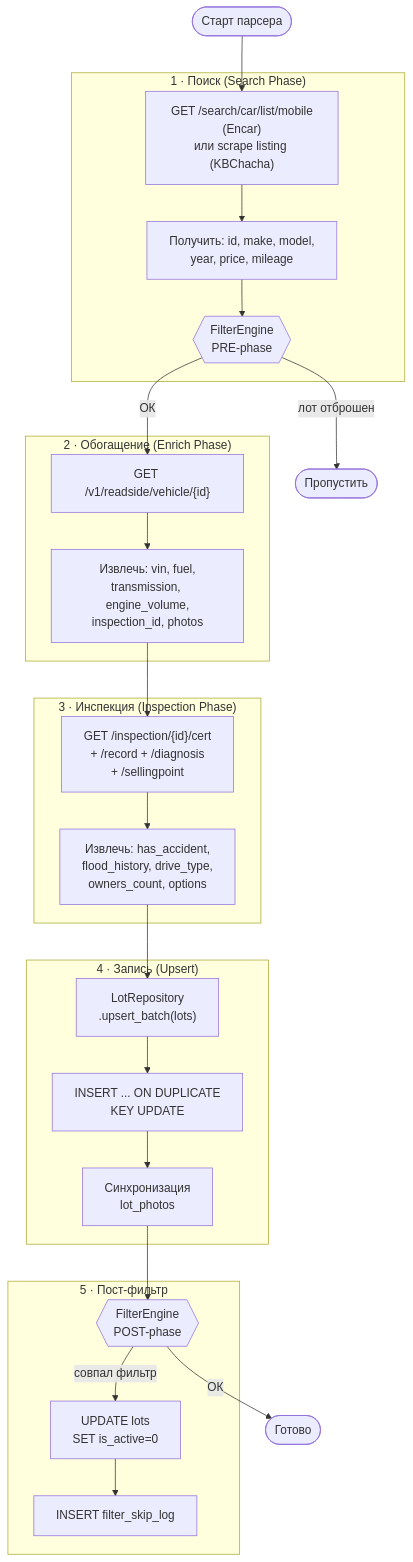
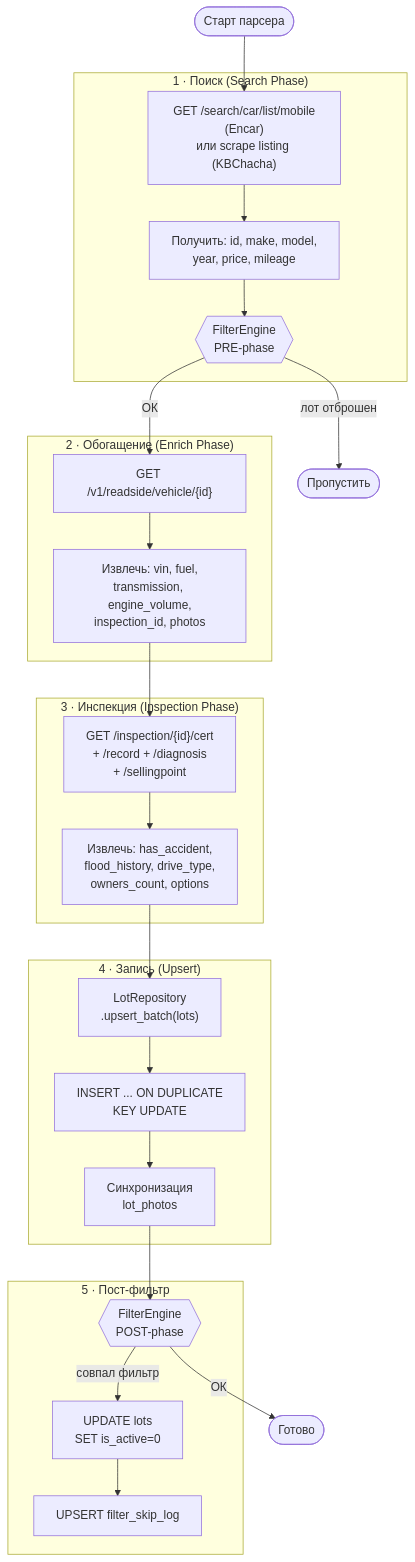
Before and after one commit to ArtyomKoshel/carbotacrchi: the diagram in docs/04-parser.md, drawn with Mermaid. The commit also changed 8 other files, not shown here.

First line of the commit message:
fix(storage): dedup filter_skip_log, add retention, drop unused lots indexes

````diff
--- a/docs/04-parser.md
+++ b/docs/04-parser.md
@@ -22,38 +22,38 @@
 ```mermaid
 flowchart TD
     START(["Старт парсера"])
 
     subgraph SEARCH["1 · Поиск (Search Phase)"]
         S1["GET /search/car/list/mobile\n(Encar)\nили scrape listing (KBChacha)"]
         S2["Получить: id, make, model,\nyear, price, mileage"]
         S3{{"FilterEngine\nPRE-phase"}}
     end
 
     subgraph ENRICH["2 · Обогащение (Enrich Phase)"]
         E1["GET /v1/readside/vehicle/{id}"]
         E2["Извлечь: vin, fuel,\ntransmission, engine_volume,\ninspection_id, photos"]
     end
 
     subgraph INSPECT["3 · Инспекция (Inspection Phase)"]
         I1["GET /inspection/{id}/cert\n+ /record + /diagnosis\n+ /sellingpoint"]
         I2["Извлечь: has_accident,\nflood_history, drive_type,\nowners_count, options"]
     end
 
     subgraph WRITE["4 · Запись (Upsert)"]
         W1["LotRepository\n.upsert_batch(lots)"]
         W2["INSERT ... ON DUPLICATE\nKEY UPDATE"]
         W3["Синхронизация\nlot_photos"]
     end
 
     subgraph POST["5 · Пост-фильтр"]
         P1{{"FilterEngine\nPOST-phase"}}
         P2["UPDATE lots\nSET is_active=0"]
-        P3["INSERT filter_skip_log"]
+        P3["UPSERT filter_skip_log"]
     end
 
     START --> S1 --> S2 --> S3
     S3 -->|"лот отброшен"| SKIP1(["Пропустить"])
     S3 -->|"ОК"| E1 --> E2 --> I1 --> I2 --> W1 --> W2 --> W3 --> P1
     P1 -->|"совпал фильтр"| P2 --> P3
     P1 -->|"ОК"| DONE(["Готово"])
 ```
````
